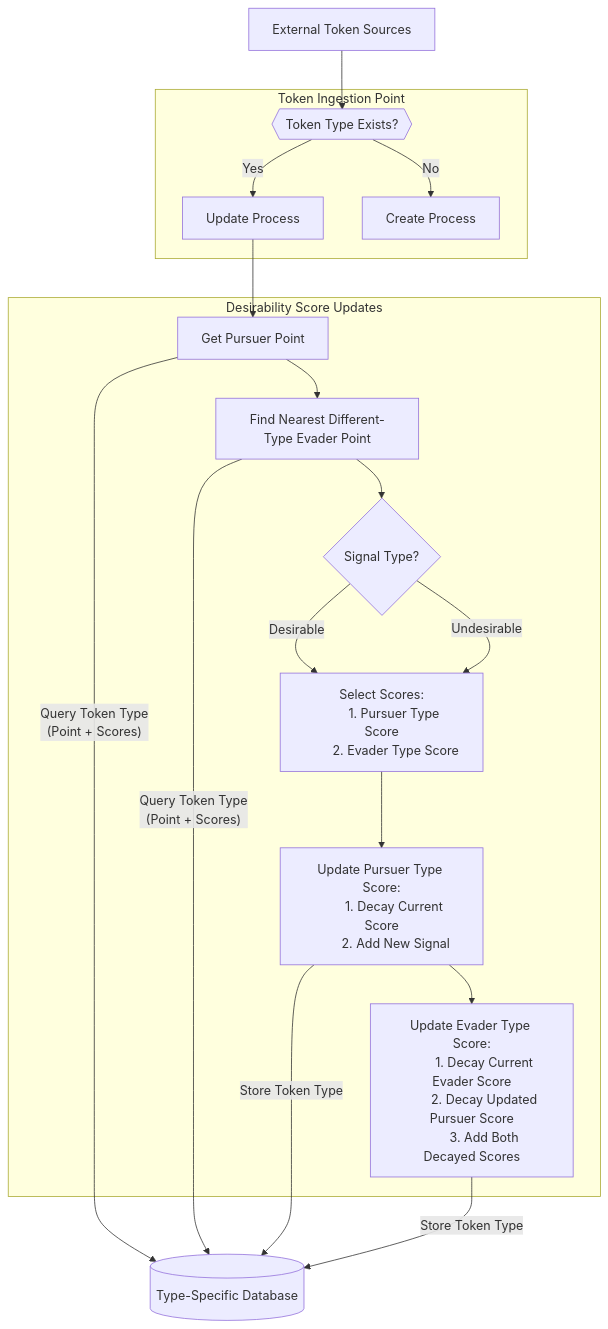
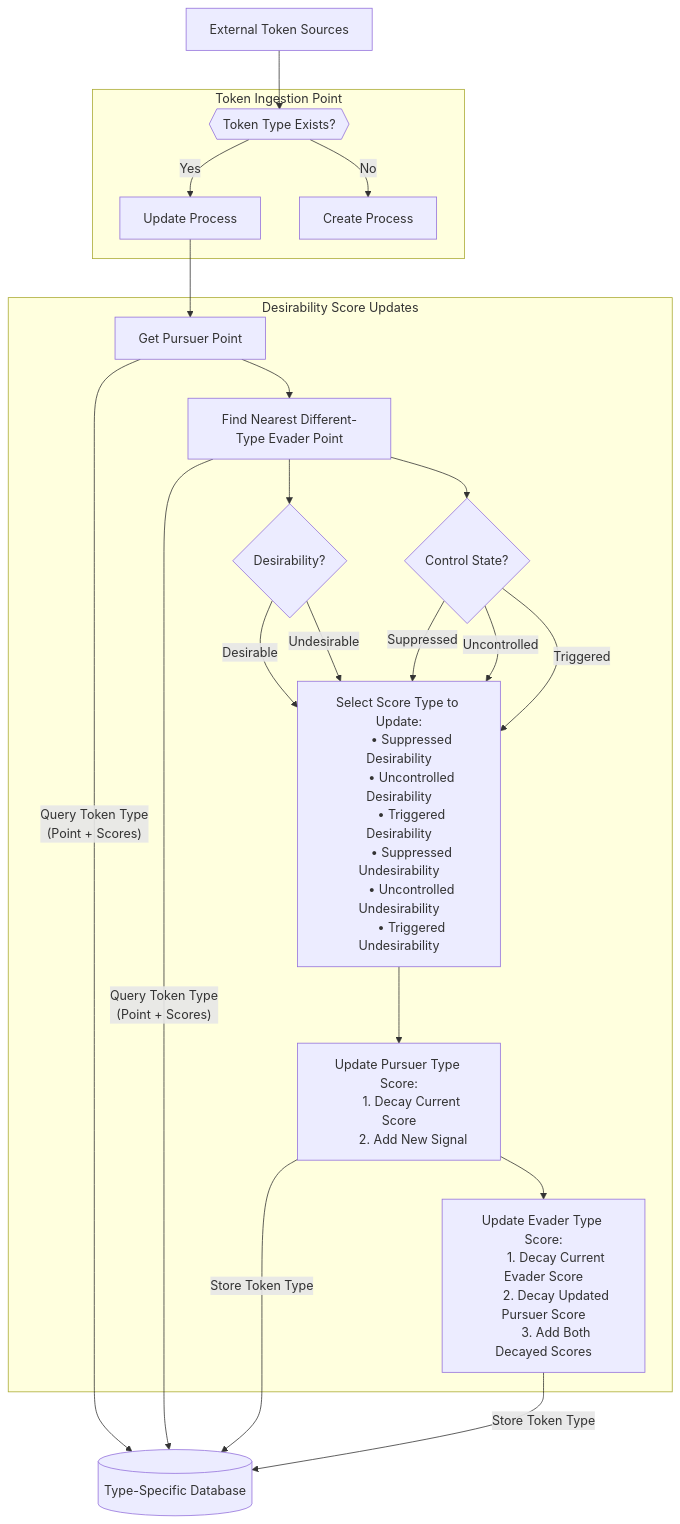
Before and after one commit to mattferrin/mattferrin: the seventh of 8 diagrams in README.md, drawn with Mermaid. The commit also changed other lines of this file, not shown here.

Commit message:
complexity and control

````diff
--- a/README.md
+++ b/README.md
@@ -286,50 +292,58 @@
 ```mermaid
 graph TD;
     ExternalSources["External Token Sources"]
     
     subgraph "Token Ingestion Point"
         TokenCheck{{"Token Type Exists?"}}
         UpdateProcess["Update Process"]
         CreateProcess["Create Process"]
         
         TokenCheck -->|Yes| UpdateProcess
         TokenCheck -->|No| CreateProcess
     end
 
     subgraph "Desirability Score Updates"
         GetPursuerPoint["Get Pursuer Point"]
         FindNearestEvader["Find Nearest Different-Type Evader Point"]
-        SignalType{"Signal Type?"}
+        DesirabilityCheck{"Desirability?"}
+        ControlState{"Control State?"}
         
         UpdateProcess --> GetPursuerPoint
         GetPursuerPoint --> FindNearestEvader
-        FindNearestEvader --> SignalType
+        FindNearestEvader --> DesirabilityCheck & ControlState
         
-        SelectScores["Select Scores:
-        1. Pursuer Type Score
-        2. Evader Type Score"]
+        SelectScores["Select Score Type to Update:
+        • Suppressed Desirability
+        • Uncontrolled Desirability
+        • Triggered Desirability
+        • Suppressed Undesirability
+        • Uncontrolled Undesirability
+        • Triggered Undesirability"]
         
-        SignalType -->|Desirable| SelectScores
-        SignalType -->|Undesirable| SelectScores
+        DesirabilityCheck -->|Desirable| SelectScores
+        DesirabilityCheck -->|Undesirable| SelectScores
+        ControlState -->|Suppressed| SelectScores
+        ControlState -->|Uncontrolled| SelectScores  
+        ControlState -->|Triggered| SelectScores
         
         UpdatePursuerTypeScore["Update Pursuer Type Score:
         1. Decay Current Score
         2. Add New Signal"]
         
         UpdateEvaderTypeScore["Update Evader Type Score:
         1. Decay Current Evader Score
         2. Decay Updated Pursuer Score
         3. Add Both Decayed Scores"]
         
         SelectScores --> UpdatePursuerTypeScore
         UpdatePursuerTypeScore --> UpdateEvaderTypeScore
     end
 
     TypeSpecificDB[(Type-Specific Database)]
     
     ExternalSources --> TokenCheck
     GetPursuerPoint -->|"Query Token Type<br/>(Point + Scores)"| TypeSpecificDB
     FindNearestEvader -->|"Query Token Type<br/>(Point + Scores)"| TypeSpecificDB
     UpdatePursuerTypeScore -->|Store Token Type| TypeSpecificDB
     UpdateEvaderTypeScore -->|Store Token Type| TypeSpecificDB
 ```
````
